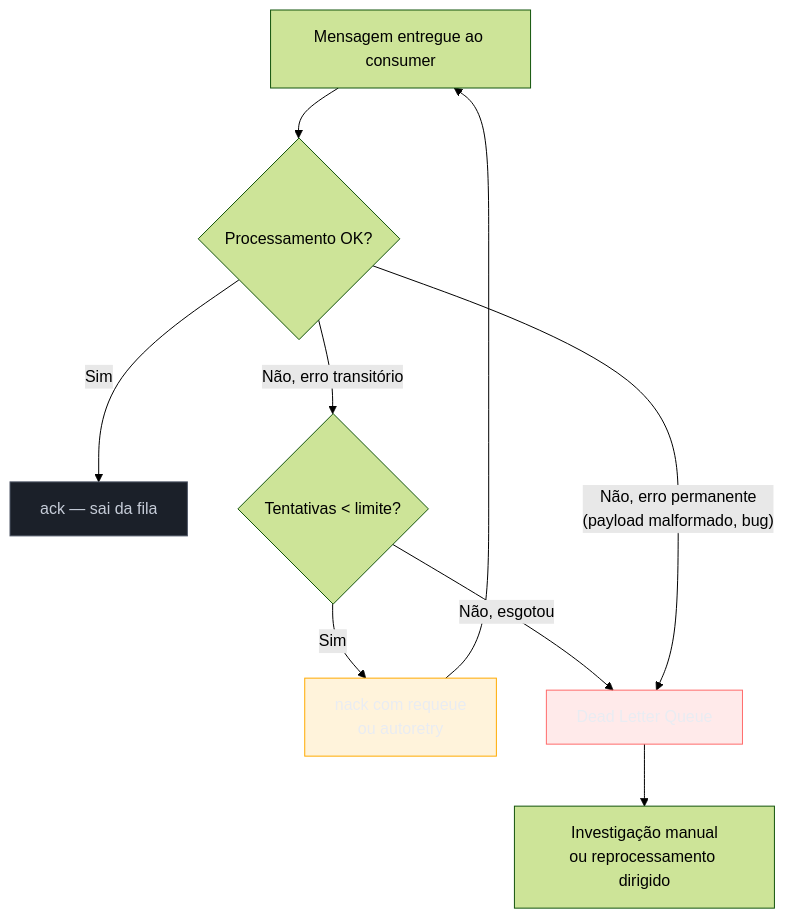
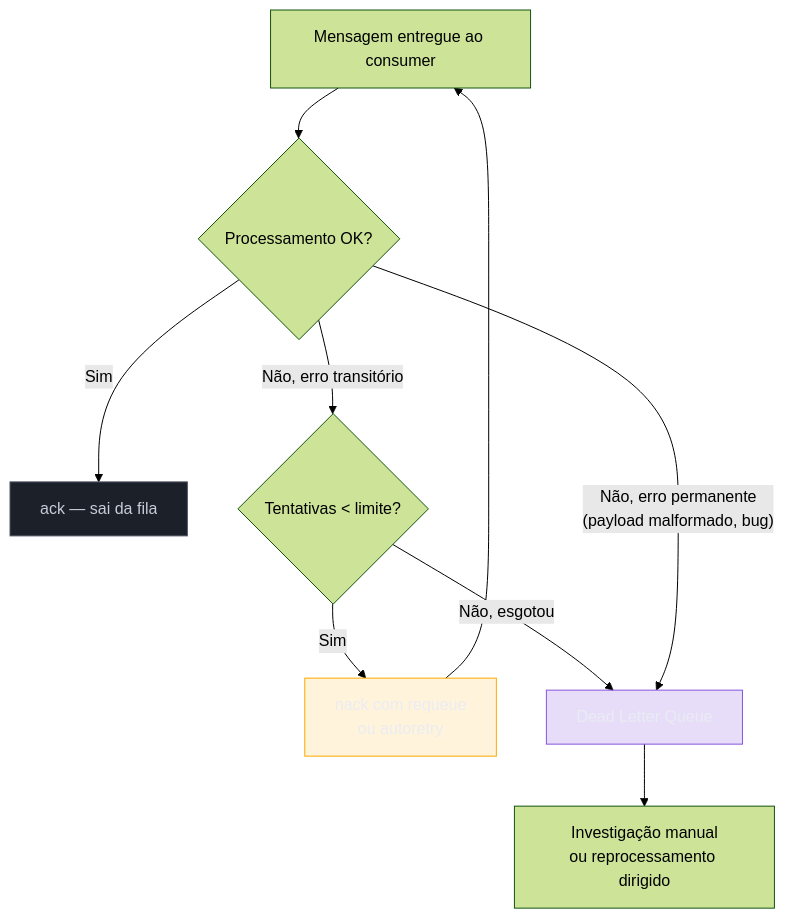
One commit to josenaldo/codex-technomanticus changed the first of 3 diagrams in 03-Dominios/Tecnologia/Python/Mensageria/07 - Garantias de entrega na prática — DLQ e Outbox em Python.md. Above: the diagram before and after it, drawn with Mermaid (forest theme). The commit also changed 601 other files, not shown here.

````diff
--- a/03-Dominios/Tecnologia/Python/Mensageria/07 - Garantias de entrega na prática — DLQ e Outbox em Python.md
+++ b/03-Dominios/Tecnologia/Python/Mensageria/07 - Garantias de entrega na prática — DLQ e Outbox em Python.md
@@ -68,19 +68,19 @@
 ```mermaid
 flowchart TD
+    classDef marca fill:#8855DF33,stroke:#8855DF,color:#E9ECF2
     classDef neutro fill:#1B2029,stroke:#4E5666,color:#C6CCD8
-    classDef falha fill:#FF6B6B24,stroke:#FF6B6B,color:#E9ECF2
     classDef destaque fill:#FFAA0024,stroke:#FFAA00,color:#E9ECF2
     A["Mensagem entregue ao consumer"] --> B{"Processamento OK?"}
     B -->|"Sim"| C["ack — sai da fila"]
     B -->|"Não, erro transitório"| D{"Tentativas < limite?"}
     D -->|"Sim"| E["nack com requeue<br/>ou autoretry"]
     E --> A
     D -->|"Não, esgotou"| F["Dead Letter Queue"]
     B -->|"Não, erro permanente<br/>(payload malformado, bug)"| F
 
     F --> G["Investigação manual<br/>ou reprocessamento dirigido"]
 
     class C neutro
-    class F falha
+    class F marca
     class E destaque
 ```
````
